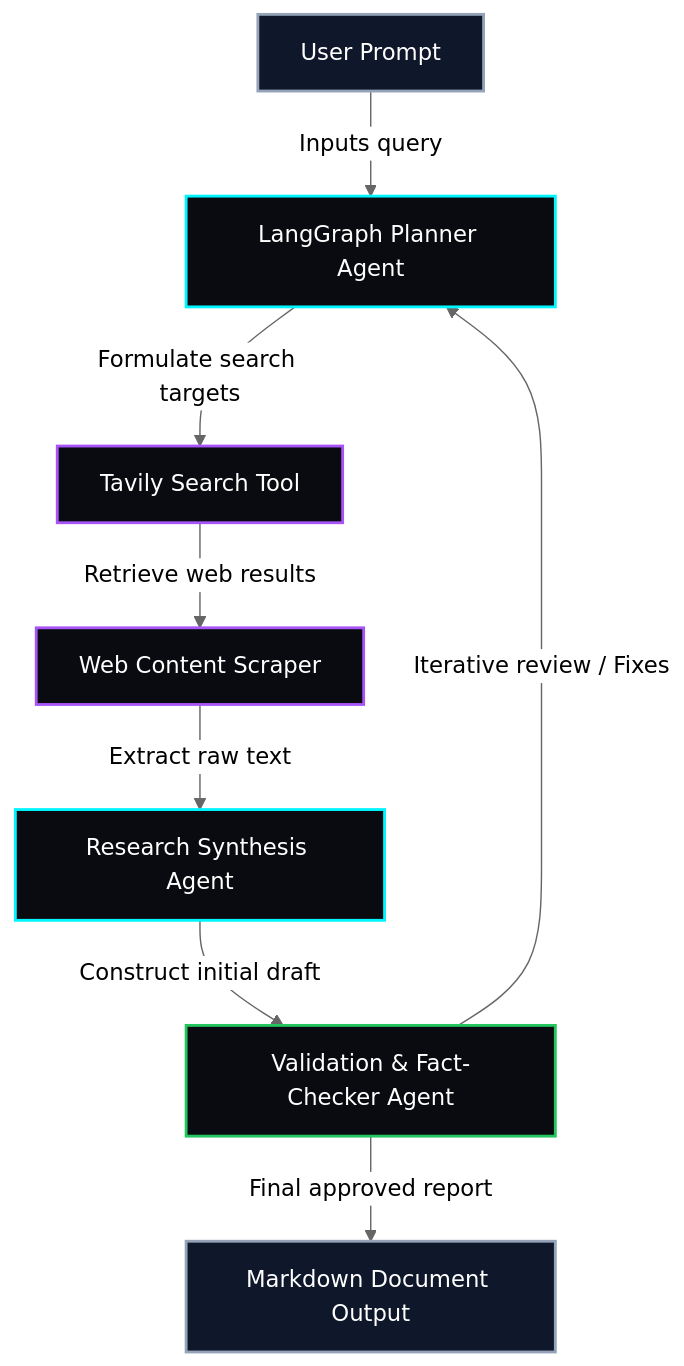
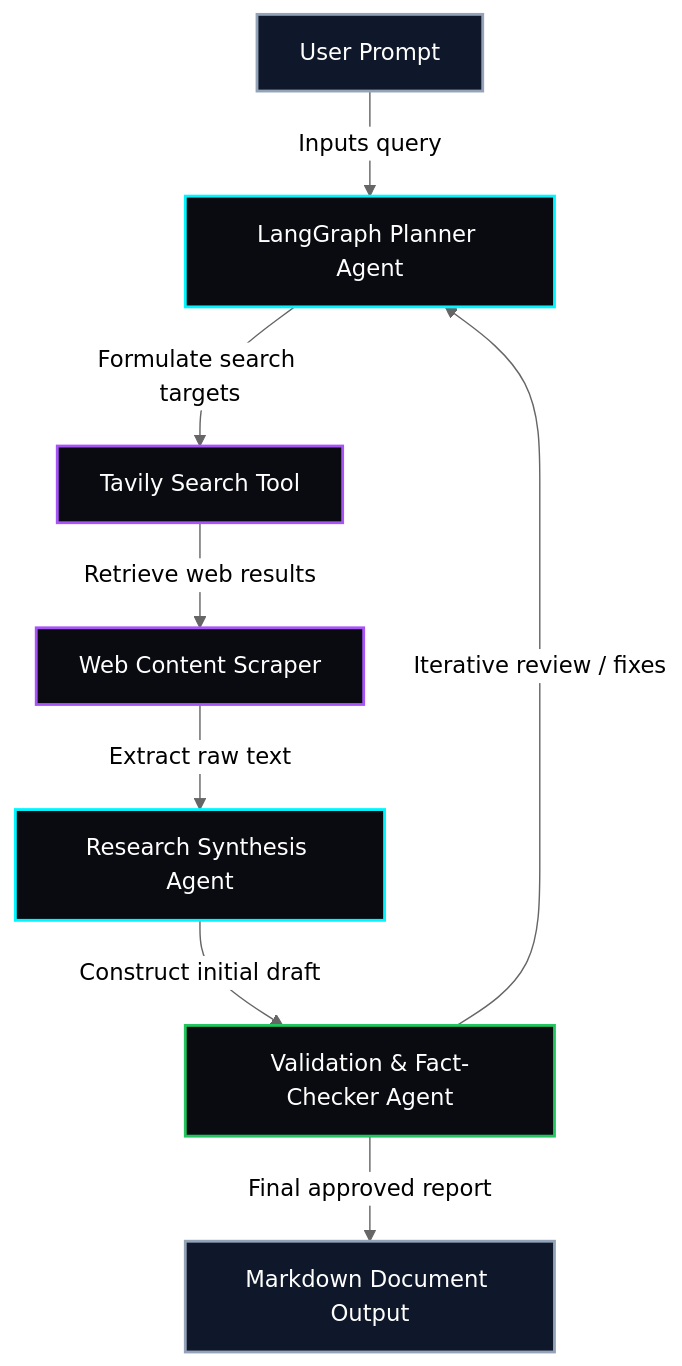
The diagram in README.md (Ravianshu19/Ravianshu19), drawn with Mermaid (neutral theme) before and after one commit. The commit also changed other lines of this file, not shown here.

````diff
--- a/README.md
+++ b/README.md
@@ -167,18 +188,18 @@
 ```mermaid
 graph TD
     User[User Prompt] -->|Inputs query| Planner[LangGraph Planner Agent]
     Planner -->|Formulate search targets| Search[Tavily Search Tool]
     Search -->|Retrieve web results| Scraper[Web Content Scraper]
     Scraper -->|Extract raw text| Synthesis[Research Synthesis Agent]
     Synthesis -->|Construct initial draft| Verifier[Validation & Fact-Checker Agent]
-    Verifier -->|Iterative review / Fixes| Planner
+    Verifier -->|Iterative review / fixes| Planner
     Verifier -->|Final approved report| Client[Markdown Document Output]
 
     style User fill:#0f172a,stroke:#94a3b8,stroke-width:2px,color:#fff
     style Planner fill:#0A0B10,stroke:#00F5FF,stroke-width:2px,color:#fff
     style Search fill:#0A0B10,stroke:#A855F7,stroke-width:2px,color:#fff
     style Scraper fill:#0A0B10,stroke:#A855F7,stroke-width:2px,color:#fff
     style Synthesis fill:#0A0B10,stroke:#00F5FF,stroke-width:2px,color:#fff
     style Verifier fill:#0A0B10,stroke:#22C55E,stroke-width:2px,color:#fff
     style Client fill:#0f172a,stroke:#94a3b8,stroke-width:2px,color:#fff
 ```
````
